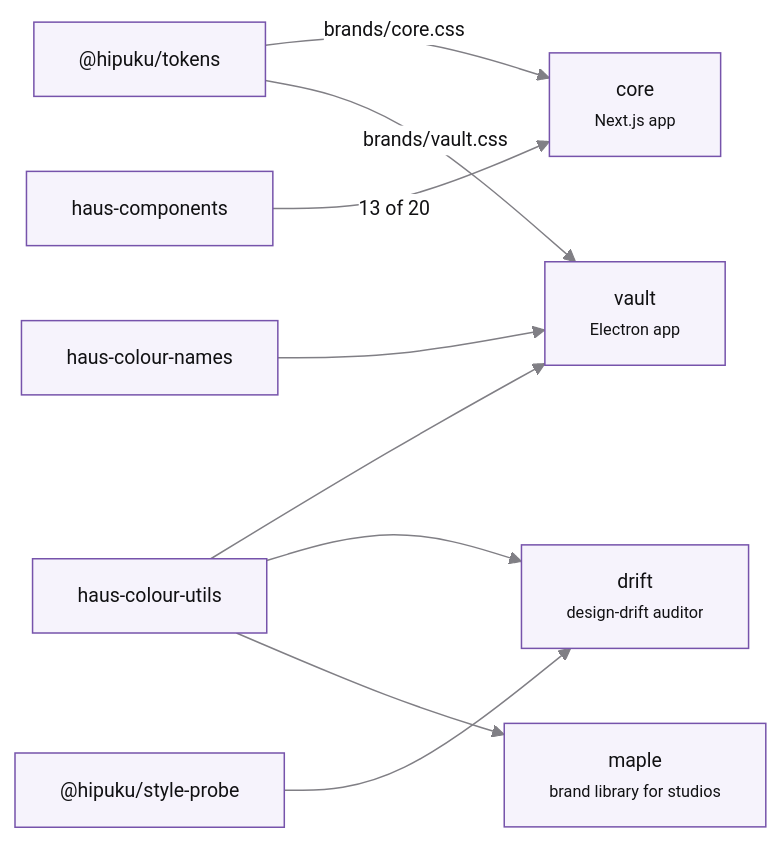
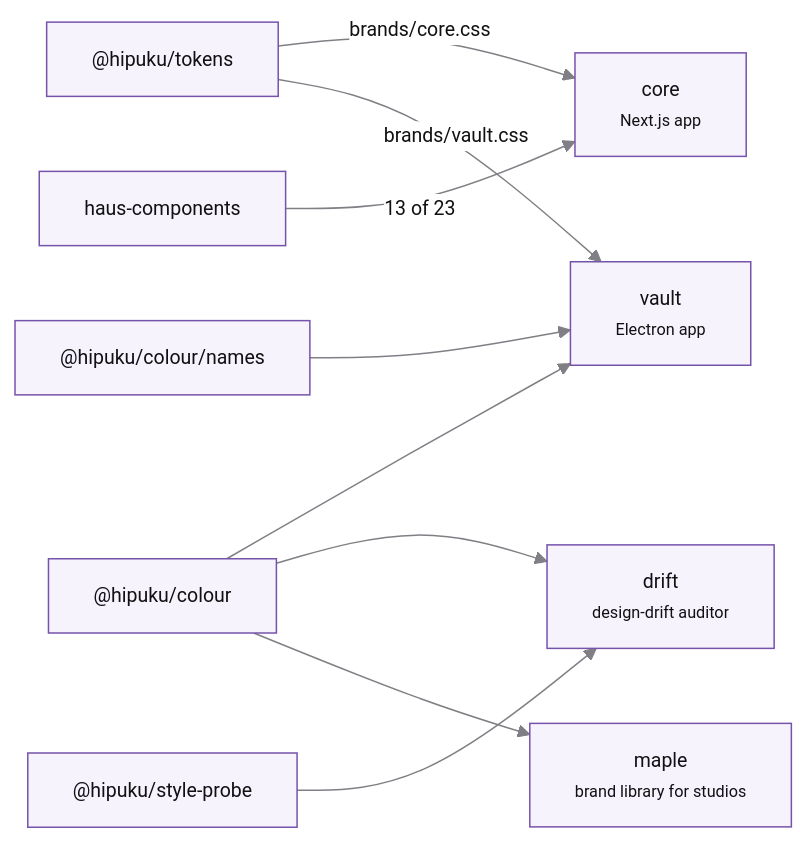
Before and after one commit to hipuku/haus: the second of 4 diagrams in ARCHITECTURE.md, drawn with Mermaid. The commit also changed other lines of this file and 4 other files, not shown here.

````diff
--- a/ARCHITECTURE.md
+++ b/ARCHITECTURE.md
@@ -75,23 +83,23 @@
 ```mermaid
 %%{init: {'theme':'base','themeVariables':{'primaryColor':'#f6f3fc','primaryBorderColor':'#7653ab','primaryTextColor':'#111113','lineColor':'#807f85','secondaryColor':'#f5f4f9','tertiaryColor':'#ffffff','fontFamily':'Manrope, ui-sans-serif, system-ui','fontSize':'13px','clusterBkg':'#fcfbfe','clusterBorder':'#e7e7ed','titleColor':'#442a68','edgeLabelBackground':'#ffffff'},'themeCSS':'background-color:#ffffff;border-radius:8px;'}}%%
 flowchart LR
     T["@hipuku/tokens"]
     C["haus-components"]
-    U["haus-colour-utils"]
-    N["haus-colour-names"]
+    U["@hipuku/colour"]
+    N["@hipuku/colour/names"]
     P["@hipuku/style-probe"]
 
     CORE["core<br/><small>Next.js app</small>"]
     VAULT["vault<br/><small>Electron app</small>"]
     DRIFT["drift<br/><small>design-drift auditor</small>"]
     MAPLE["maple<br/><small>brand library for studios</small>"]
 
     T -- "brands/core.css" --> CORE
-    C -- "13 of 20" --> CORE
+    C -- "13 of 23" --> CORE
     T -- "brands/vault.css" --> VAULT
     U --> VAULT
     N --> VAULT
     U --> DRIFT
     P --> DRIFT
     U --> MAPLE
 ```
````
